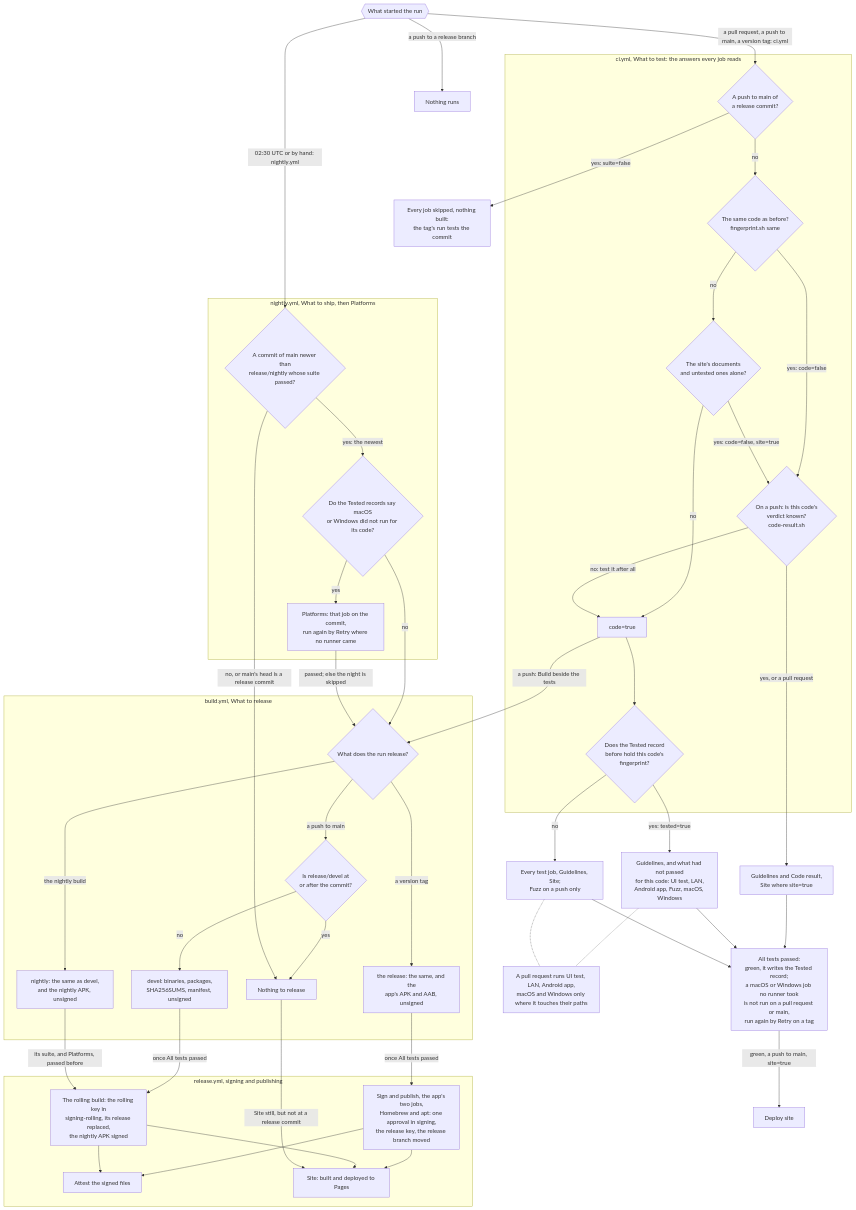
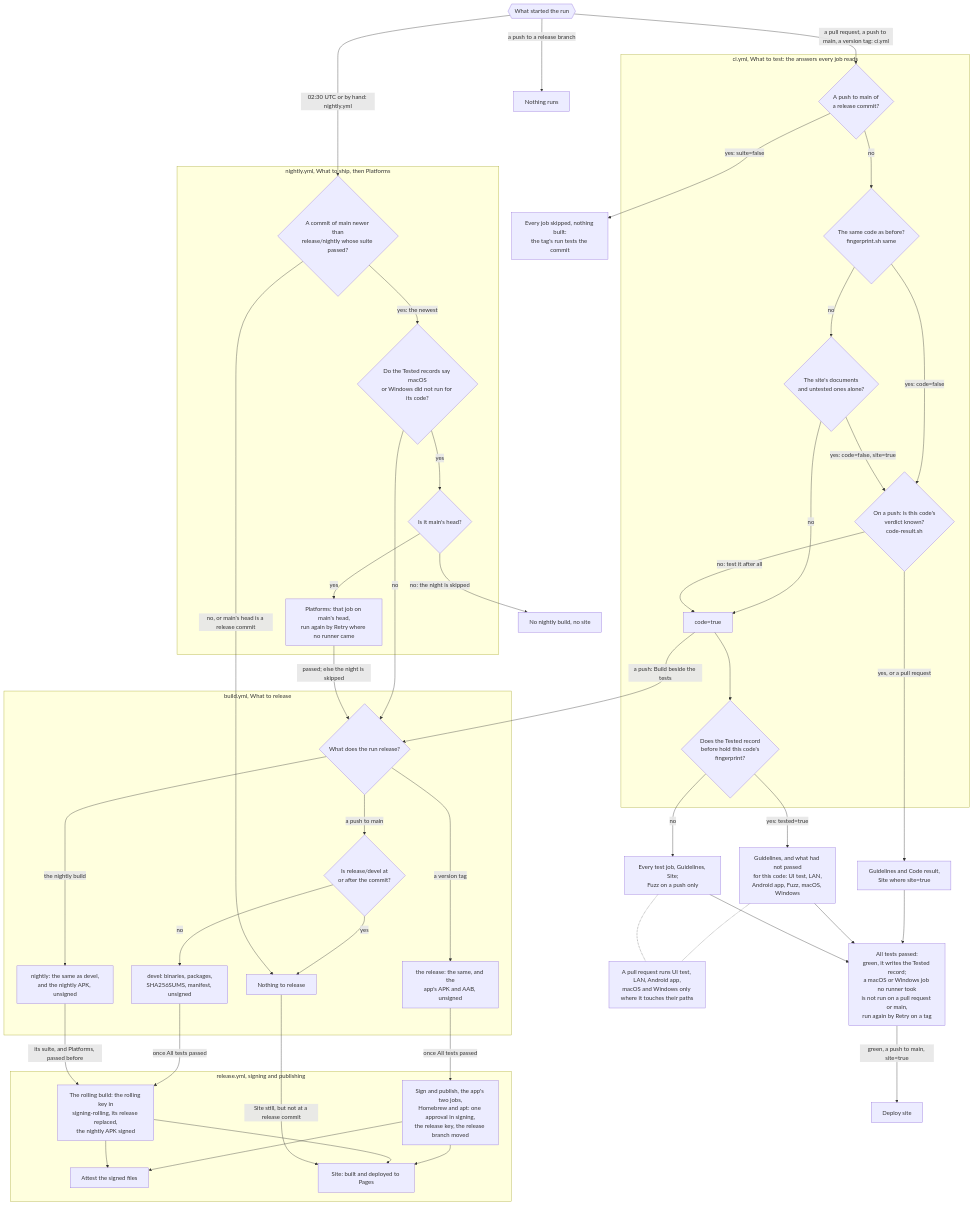
The diagram in GUIDELINES/project/CI.md (metaworx/massimo), drawn with Mermaid before and after one commit. The commit also changed other lines of this file and 4 other files, not shown here.

First line of the commit message:
fix(ci): The nightly runs the platform jobs on main's head alone

````diff
--- a/GUIDELINES/project/CI.md
+++ b/GUIDELINES/project/CI.md
@@ -38,77 +38,80 @@
 ```mermaid
 flowchart TD
     start{{"What started the run"}}
     start -->|"a pull request, a push to main, a version tag: ci.yml"| relcommit
     start -->|"02:30 UTC or by hand: nightly.yml"| pick
     start -->|"a push to a release branch"| idle["Nothing runs"]
 
     subgraph gate ["ci.yml, What to test: the answers every job reads"]
         relcommit{"A push to main of<br/>a release commit?"}
         same{"The same code as before?<br/>fingerprint.sh same"}
         siteonly{"The site's documents<br/>and untested ones alone?"}
         known{"On a push: is this code's<br/>verdict known?<br/>code-result.sh"}
         codetrue["code=true"]
         record{"Does the Tested record<br/>before hold this code's<br/>fingerprint?"}
         relcommit -->|no| same
         same -->|"yes: code=false"| known
         same -->|no| siteonly
         siteonly -->|"yes: code=false, site=true"| known
         siteonly -->|no| codetrue
         known -->|"no: test it after all"| codetrue
         codetrue --> record
     end
 
     relcommit -->|"yes: suite=false"| skipped["Every job skipped, nothing built:<br/>the tag's run tests the commit"]
     known -->|"yes, or a pull request"| docs["Guidelines and Code result,<br/>Site where site=true"]
     record -->|"yes: tested=true"| retest["Guidelines, and what had not passed<br/>for this code: UI test, LAN,<br/>Android app, Fuzz, macOS, Windows"]
     record -->|no| full["Every test job, Guidelines, Site;<br/>Fuzz on a push only"]
     paths["A pull request runs UI test, LAN, Android app,<br/>macOS and Windows only where it touches their paths"]
     retest -.- paths
     full -.- paths
     docs --> atp["All tests passed:<br/>green, it writes the Tested record;<br/>a macOS or Windows job no runner took<br/>is not run on a pull request or main,<br/>run again by Retry on a tag"]
     retest --> atp
     full --> atp
     atp -->|"green, a push to main, site=true"| deploy["Deploy site"]
     codetrue -->|"a push: Build beside the tests"| kind
 
     subgraph night ["nightly.yml, What to ship, then Platforms"]
         pick{"A commit of main newer than<br/>release/nightly whose suite passed?"}
         ship{"Do the Tested records say macOS<br/>or Windows did not run for its code?"}
-        plat["Platforms: that job on the commit,<br/>run again by Retry where no runner came"]
+        athead{"Is it main's head?"}
+        plat["Platforms: that job on main's head,<br/>run again by Retry where no runner came"]
         pick -->|"yes: the newest"| ship
-        ship -->|yes| plat
+        ship -->|yes| athead
+        athead -->|yes| plat
     end
+    athead -->|"no: the night is skipped"| skipnight["No nightly build, no site"]
 
     subgraph build ["build.yml, What to release"]
         kind{"What does the run release?"}
         devel{"Is release/devel at<br/>or after the commit?"}
         nothing["Nothing to release"]
         rdevel["devel: binaries, packages,<br/>SHA256SUMS, manifest, unsigned"]
         rtag["the release: the same, and the<br/>app's APK and AAB, unsigned"]
         rnightly["nightly: the same as devel,<br/>and the nightly APK, unsigned"]
         kind -->|"a push to main"| devel
         kind -->|"a version tag"| rtag
         kind -->|"the nightly build"| rnightly
         devel -->|no| rdevel
         devel -->|yes| nothing
     end
     ship -->|no| kind
     plat -->|"passed; else the night is skipped"| kind
     pick -->|"no, or main's head is a release commit"| nothing
 
     subgraph rel ["release.yml, signing and publishing"]
         sign["Sign and publish, the app's two jobs,<br/>Homebrew and apt: one approval in signing,<br/>the release key, the release branch moved"]
         rolling["The rolling build: the rolling key in<br/>signing-rolling, its release replaced,<br/>the nightly APK signed"]
         attest["Attest the signed files"]
         site["Site: built and deployed to Pages"]
         sign --> attest
         rolling --> attest
         sign --> site
         rolling --> site
     end
 
     rtag -->|"once All tests passed"| sign
     rdevel -->|"once All tests passed"| rolling
     rnightly -->|"its suite, and Platforms, passed before"| rolling
     nothing -->|"Site still, but not at a release commit"| site
 ```
````
